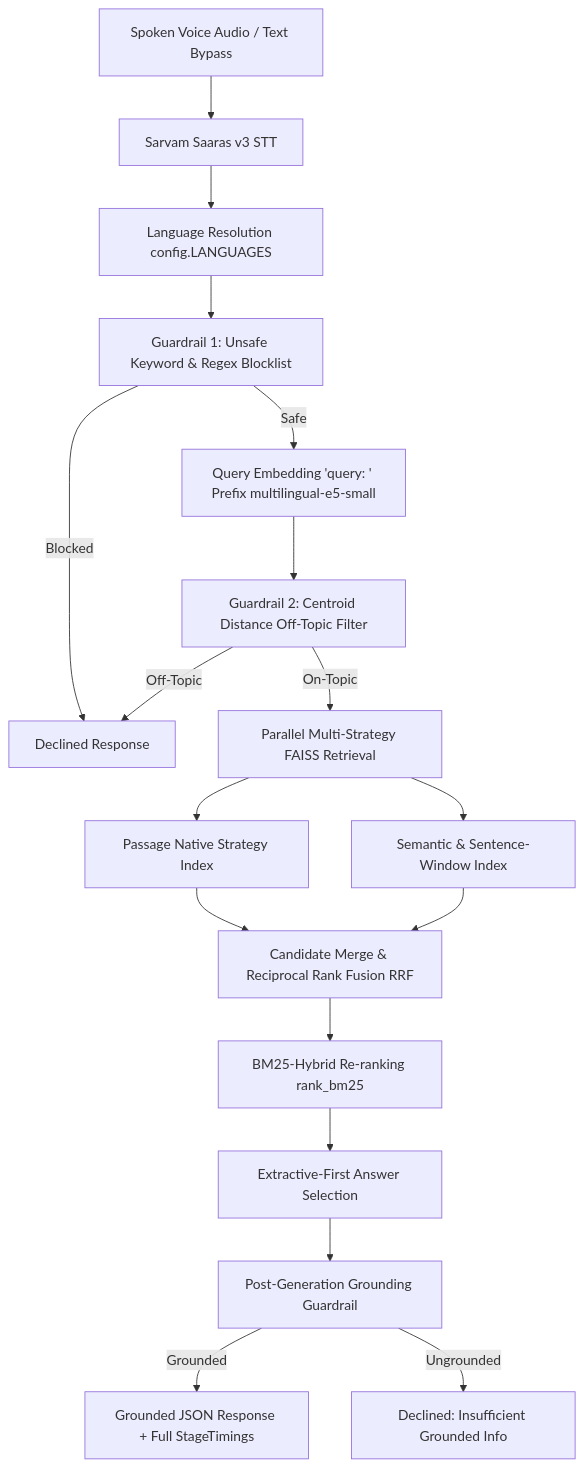
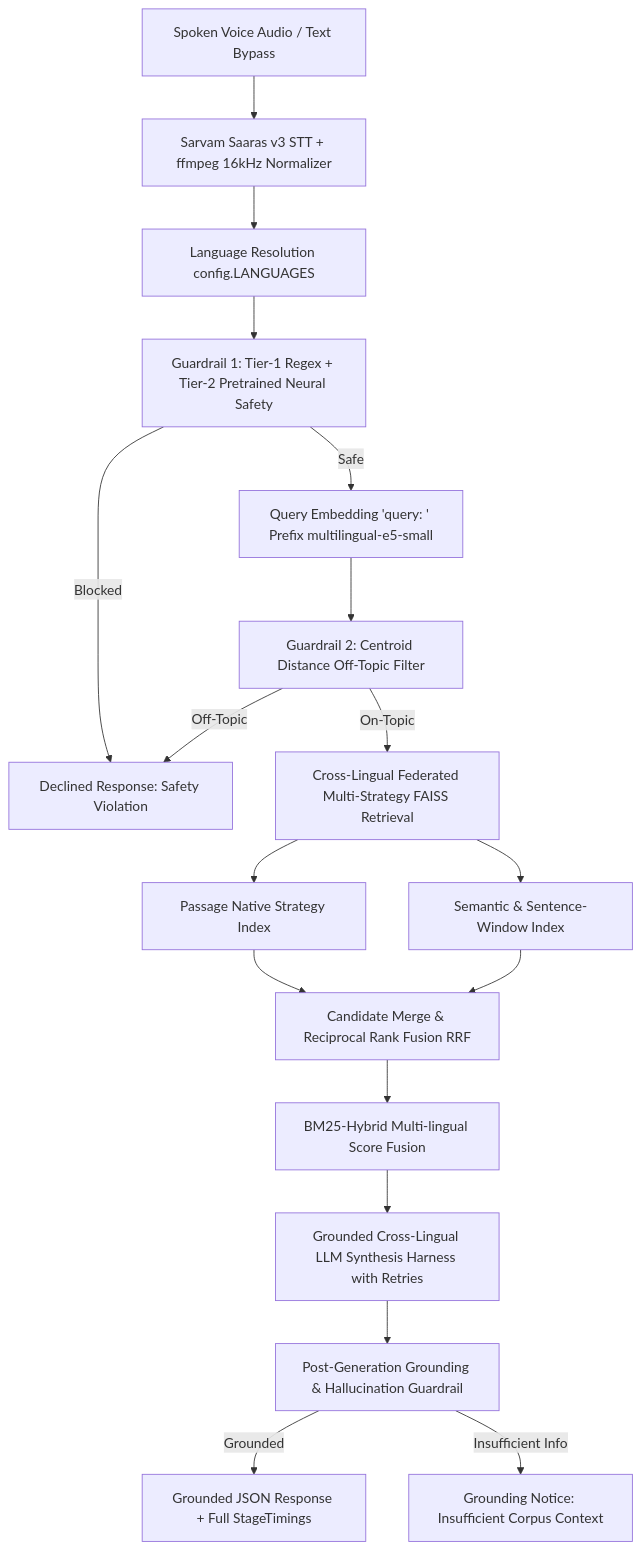
Before and after one commit to Anshsurana123/RAGINGOA: the diagram in README.md, drawn with Mermaid. The commit also changed other lines of this file, not shown here.

Commit message:
docs: update README with complete documentation of cross-lingual federation, orchestration harness, and test suite

````diff
--- a/README.md
+++ b/README.md
@@ -11,20 +11,20 @@
 ```mermaid
 graph TD
-    A[Spoken Voice Audio / Text Bypass] --> B[Sarvam Saaras v3 STT]
+    A[Spoken Voice Audio / Text Bypass] --> B[Sarvam Saaras v3 STT + ffmpeg 16kHz Normalizer]
     B --> C[Language Resolution config.LANGUAGES]
-    C --> D[Guardrail 1: Unsafe Keyword & Regex Blocklist]
+    C --> D[Guardrail 1: Tier-1 Regex + Tier-2 Pretrained Neural Safety]
     D -- Safe --> E[Query Embedding 'query: ' Prefix multilingual-e5-small]
-    D -- Blocked --> X[Declined Response]
+    D -- Blocked --> X[Declined Response: Safety Violation]
     E --> F[Guardrail 2: Centroid Distance Off-Topic Filter]
     F -- Off-Topic --> X
-    F -- On-Topic --> G[Parallel Multi-Strategy FAISS Retrieval]
+    F -- On-Topic --> G[Cross-Lingual Federated Multi-Strategy FAISS Retrieval]
     G --> H1[Passage Native Strategy Index]
     G --> H2[Semantic & Sentence-Window Index]
     H1 --> I[Candidate Merge & Reciprocal Rank Fusion RRF]
     H2 --> I
-    I --> J[BM25-Hybrid Re-ranking rank_bm25]
-    J --> K[Extractive-First Answer Selection]
-    K --> L[Post-Generation Grounding Guardrail]
+    I --> J[BM25-Hybrid Multi-lingual Score Fusion]
+    J --> K[Grounded Cross-Lingual LLM Synthesis Harness with Retries]
+    K --> L[Post-Generation Grounding & Hallucination Guardrail]
     L -- Grounded --> M[Grounded JSON Response + Full StageTimings]
-    L -- Ungrounded --> N[Declined: Insufficient Grounded Info]
+    L -- Insufficient Info --> N[Grounding Notice: Insufficient Corpus Context]
 ```
````
